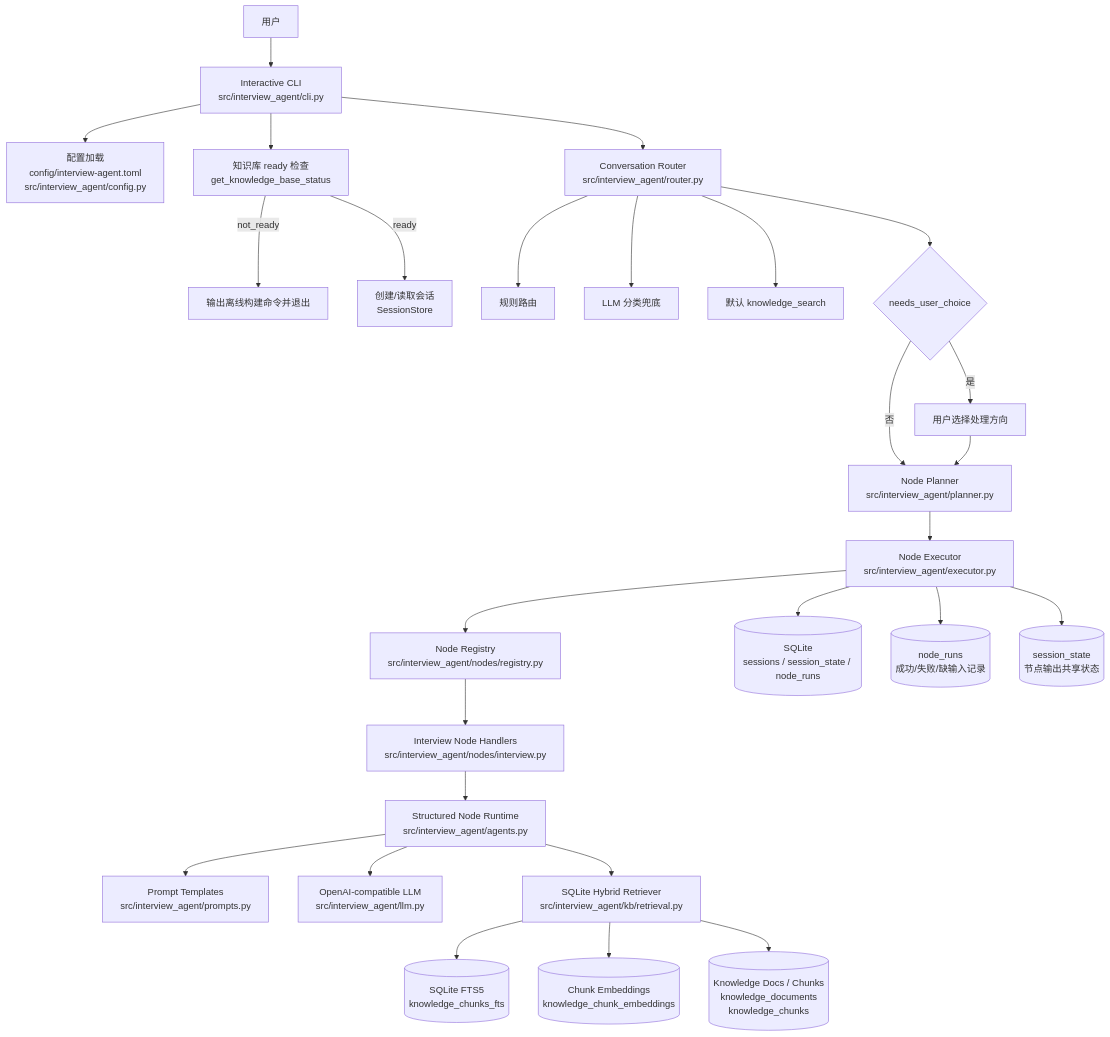
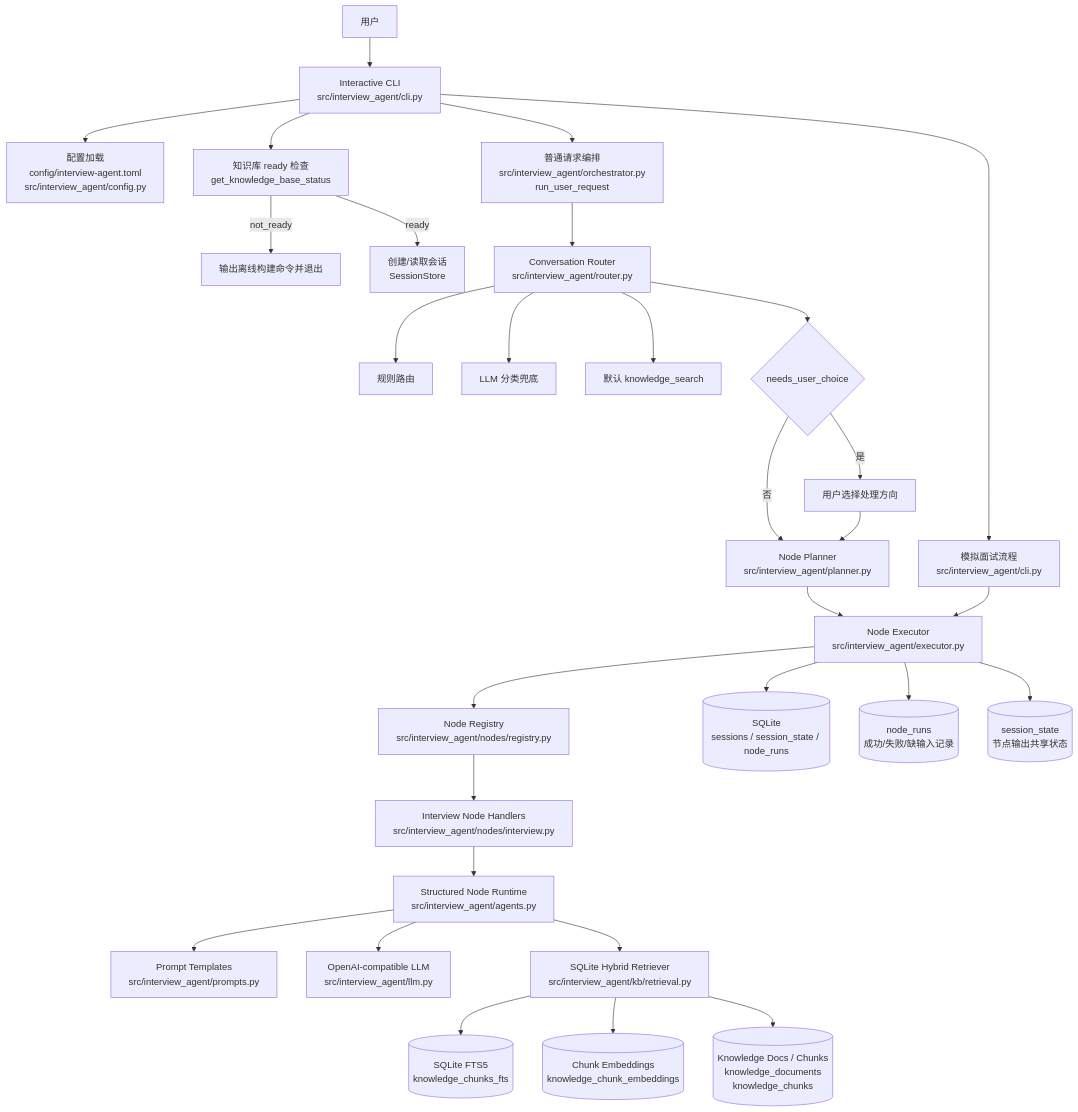
Before and after one commit to kaomianjin2/resume-agent: the first of 4 diagrams in docs/architecture.md, drawn with Mermaid. The commit also changed other lines of this file and 4 other files, not shown here.

````diff
--- a/docs/architecture.md
+++ b/docs/architecture.md
@@ -15,37 +15,40 @@
 ```mermaid
 flowchart TD
     User[用户] --> CLI[Interactive CLI<br/>src/interview_agent/cli.py]
 
     CLI --> Config[配置加载<br/>config/interview-agent.toml<br/>src/interview_agent/config.py]
     CLI --> KBReady[知识库 ready 检查<br/>get_knowledge_base_status]
     KBReady -->|not_ready| OfflineHint[输出离线构建命令并退出]
     KBReady -->|ready| Session[创建/读取会话<br/>SessionStore]
 
-    CLI --> Router[Conversation Router<br/>src/interview_agent/router.py]
+    CLI --> Orchestrator[普通请求编排<br/>src/interview_agent/orchestrator.py<br/>run_user_request]
+    CLI --> MockFlow[模拟面试流程<br/>src/interview_agent/cli.py]
+    Orchestrator --> Router[Conversation Router<br/>src/interview_agent/router.py]
     Router --> RuleRoute[规则路由]
     Router --> LLMRoute[LLM 分类兜底]
     Router --> DefaultRoute[默认 knowledge_search]
     Router --> DirectionChoice{needs_user_choice}
     DirectionChoice -->|是| UserChoice[用户选择处理方向]
     DirectionChoice -->|否| Planner
 
     UserChoice --> Planner
     Planner[Node Planner<br/>src/interview_agent/planner.py]
     Planner --> Executor[Node Executor<br/>src/interview_agent/executor.py]
+    MockFlow --> Executor
 
     Executor --> Registry[Node Registry<br/>src/interview_agent/nodes/registry.py]
     Registry --> Handlers[Interview Node Handlers<br/>src/interview_agent/nodes/interview.py]
 
     Executor --> SQLite[(SQLite<br/>sessions / session_state / node_runs)]
     Handlers --> AgentRuntime[Structured Node Runtime<br/>src/interview_agent/agents.py]
     AgentRuntime --> Prompts[Prompt Templates<br/>src/interview_agent/prompts.py]
     AgentRuntime --> LLM[OpenAI-compatible LLM<br/>src/interview_agent/llm.py]
     AgentRuntime --> Retriever[SQLite Hybrid Retriever<br/>src/interview_agent/kb/retrieval.py]
 
     Retriever --> FTS[(SQLite FTS5<br/>knowledge_chunks_fts)]
     Retriever --> Embeddings[(Chunk Embeddings<br/>knowledge_chunk_embeddings)]
     Retriever --> KBChunks[(Knowledge Docs / Chunks<br/>knowledge_documents<br/>knowledge_chunks)]
 
     Executor --> Runs[(node_runs<br/>成功/失败/缺输入记录)]
     Executor --> State[(session_state<br/>节点输出共享状态)]
 ```
````
